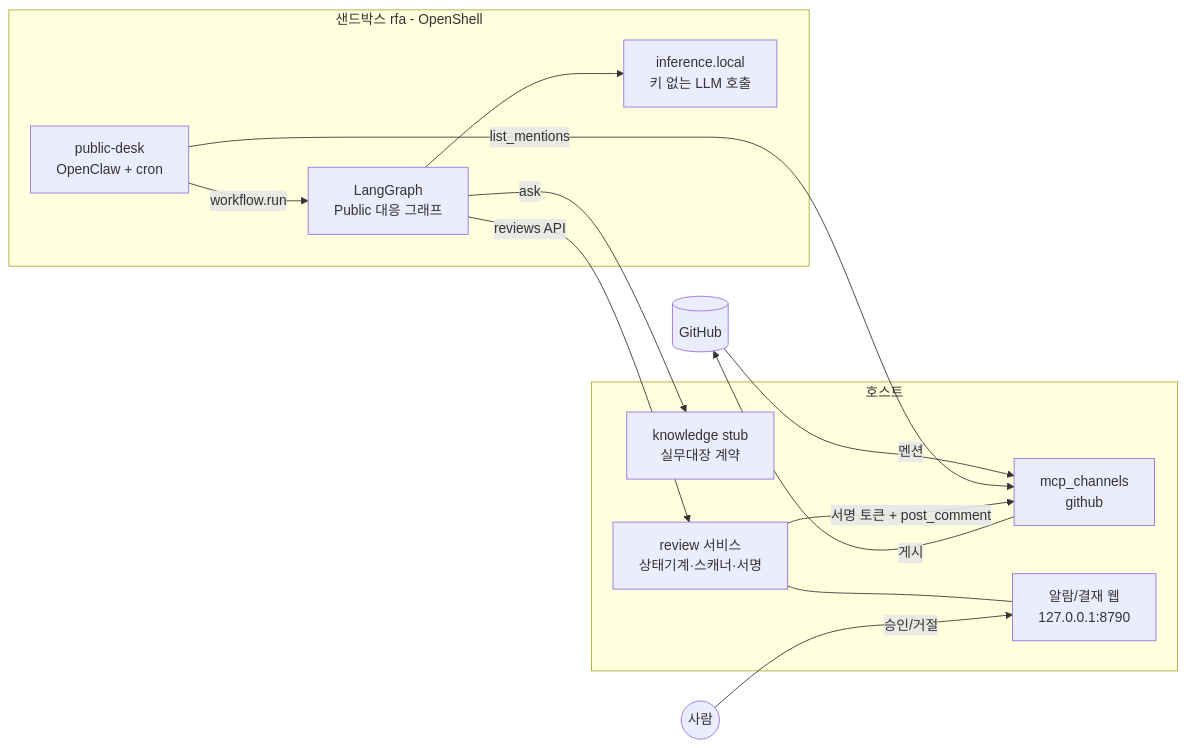
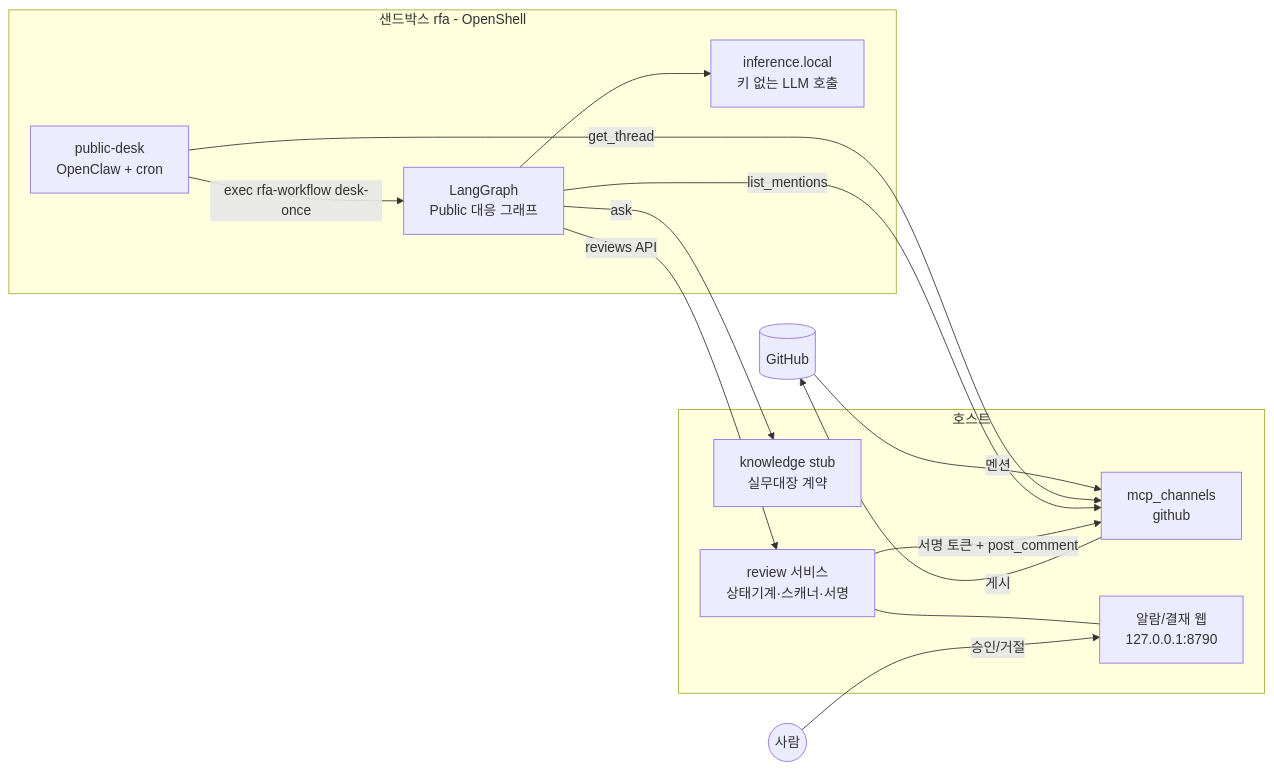
Before and after one commit to SoCAlumni/RFA_module: the diagram in docs/architecture.md, drawn with Mermaid. The commit also changed other lines of this file and 22 other files, not shown here.

First line of the commit message:
Step 10: 샌드박스 안 public-desk → desk-once → 결재 대기

````diff
--- a/docs/architecture.md
+++ b/docs/architecture.md
@@ -15,26 +15,27 @@
 ```mermaid
 flowchart LR
   GH[(GitHub)]
   subgraph SB[샌드박스 rfa - OpenShell]
     DESK[public-desk\nOpenClaw + cron]
     WF[LangGraph\nPublic 대응 그래프]
     INF[inference.local\n키 없는 LLM 호출]
   end
   subgraph HOST[호스트]
     MCP[mcp_channels\ngithub]
     KS[knowledge stub\n실무대장 계약]
     RV[review 서비스\n상태기계·스캐너·서명]
     WEB[알람/결재 웹\n127.0.0.1:8790]
   end
   HUMAN((사람))
   GH -->|멘션| MCP
-  DESK -->|list_mentions| MCP
-  DESK -->|workflow.run| WF
+  DESK -->|exec rfa-workflow desk-once| WF
+  DESK -->|get_thread| MCP
+  WF -->|list_mentions| MCP
   WF --> INF
   WF -->|ask| KS
   WF -->|reviews API| RV
   RV --- WEB
   HUMAN -->|승인/거절| WEB
   RV -->|서명 토큰 + post_comment| MCP
   MCP -->|게시| GH
 ```
````
